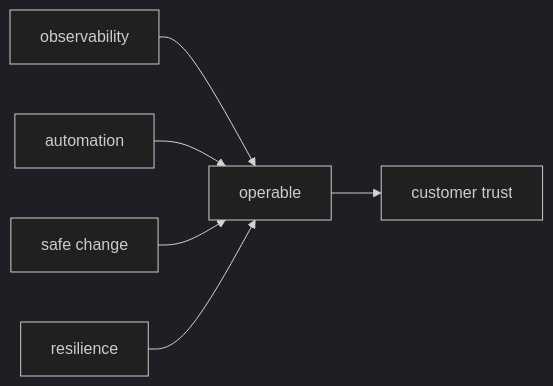
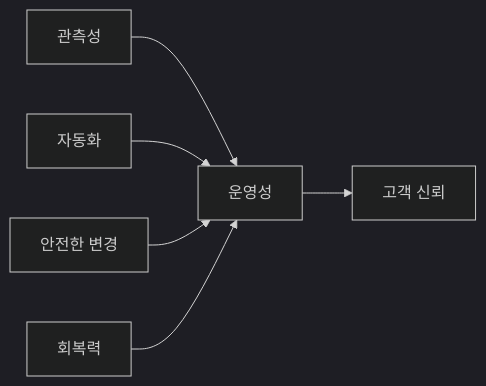
The diagram in content/sre-101/ko/10-building-operable-systems.md (yeongseon-books/book-content), drawn with Mermaid (dark theme) before and after one commit. The commit also changed other lines of this file and 9 other files, not shown here.

````diff
--- a/content/sre-101/ko/10-building-operable-systems.md
+++ b/content/sre-101/ko/10-building-operable-systems.md
@@ -33,8 +47,8 @@
 ```mermaid
 flowchart LR
-    Obs["observability"] --> Op["operable"]
-    Auto["automation"] --> Op
-    Safe["safe change"] --> Op
-    Resil["resilience"] --> Op
-    Op --> Trust["customer trust"]
+    Obs["관측성"] --> Op["운영성"]
+    Auto["자동화"] --> Op
+    Safe["안전한 변경"] --> Op
+    Resil["회복력"] --> Op
+    Op --> Trust["고객 신뢰"]
 ```
````
